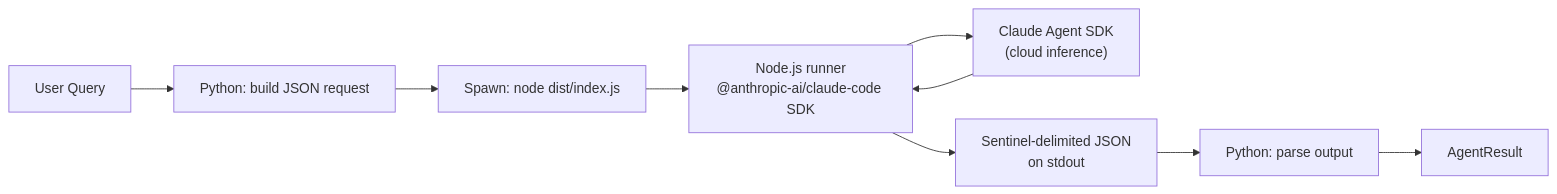
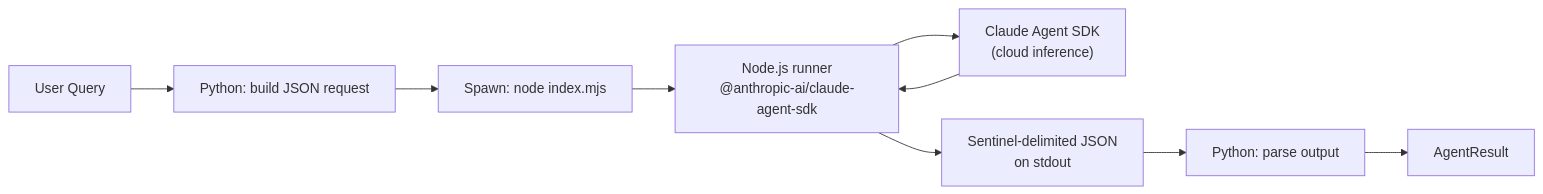
Before and after one commit to ImSothe/Jarvis-Project-by-Sothe: the fifth of 6 diagrams in docs/architecture/agents.md, drawn with Mermaid. The commit also changed other lines of this file and 9 other files, not shown here.

First line of the commit message:
fix(agents): repair Claude Agent SDK runner (#865)

````diff
--- a/docs/architecture/agents.md
+++ b/docs/architecture/agents.md
@@ -373,11 +373,11 @@
 ```mermaid
 graph LR
     Q["User Query"] --> PY["Python: build JSON request"]
-    PY --> SPAWN["Spawn: node dist/index.js"]
-    SPAWN --> NODE["Node.js runner<br/>@anthropic-ai/claude-code SDK"]
+    PY --> SPAWN["Spawn: node index.mjs"]
+    SPAWN --> NODE["Node.js runner<br/>@anthropic-ai/claude-agent-sdk"]
     NODE --> SDK["Claude Agent SDK<br/>(cloud inference)"]
     SDK --> NODE
     NODE --> JSON["Sentinel-delimited JSON<br/>on stdout"]
     JSON --> PARSE["Python: parse output"]
     PARSE --> R["AgentResult"]
 ```
````
